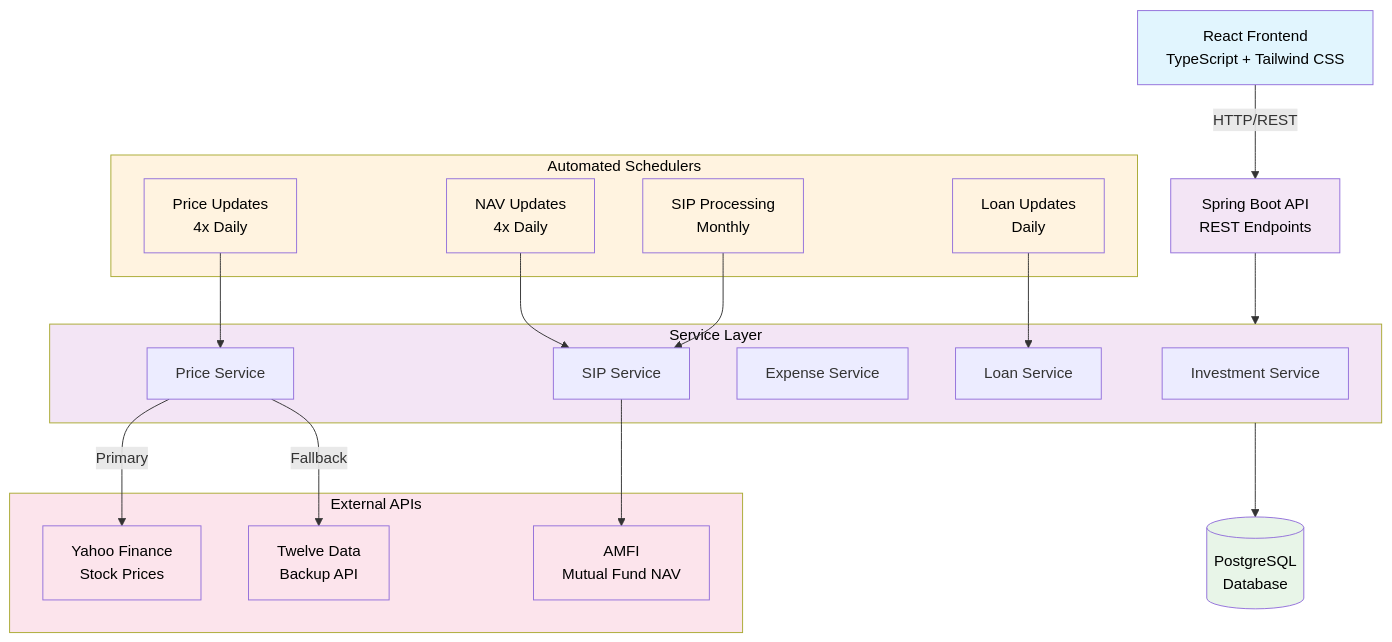
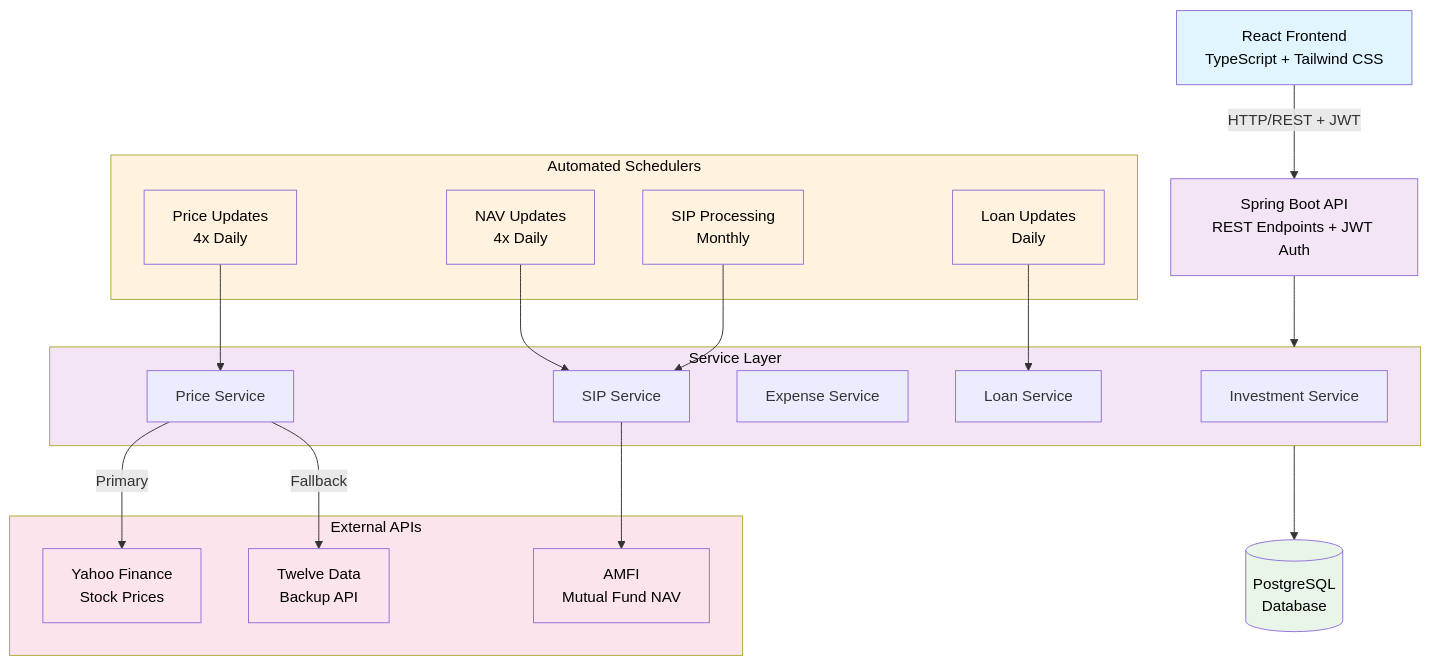
The diagram in README.md (PrajwalAmte/Finora-FinanceTracker), drawn with Mermaid before and after one commit. The commit also changed other lines of this file and 11 other files, not shown here.

````diff
--- a/README.md
+++ b/README.md
@@ -89,64 +95,64 @@
 ```mermaid
 graph TB
     %% Frontend Layer
     UI[React Frontend<br/>TypeScript + Tailwind CSS]
     
     %% API Gateway
-    API[Spring Boot API<br/>REST Endpoints]
+    API[Spring Boot API<br/>REST Endpoints + JWT Auth]
     
     %% Service Layer
     subgraph Services["Service Layer"]
         IS[Investment Service]
         SS[SIP Service]  
         ES[Expense Service]
         LS[Loan Service]
         PS[Price Service]
     end
     
     %% Data Layer
     DB[(PostgreSQL<br/>Database)]
     
     %% Scheduler Layer
     subgraph Schedulers["Automated Schedulers"]
         PU[Price Updates<br/>4x Daily]
         NU[NAV Updates<br/>4x Daily]
         SI[SIP Processing<br/>Monthly]
         LU[Loan Updates<br/>Daily]
     end
     
     %% External APIs
     subgraph External["External APIs"]
         YF[Yahoo Finance<br/>Stock Prices]
         AM[AMFI<br/>Mutual Fund NAV]
         TD[Twelve Data<br/>Backup API]
     end
     
     %% Connections
-    UI -->|HTTP/REST| API
+    UI -->|HTTP/REST + JWT| API
     API --> Services
     Services --> DB
     
     %% Scheduler connections
     PU --> PS
     NU --> SS
     SI --> SS
     LU --> LS
     
     %% External API connections
     PS -->|Primary| YF
     PS -->|Fallback| TD
     SS --> AM
     
     %% Styling
     classDef frontend fill:#e1f5fe,color:#000000
     classDef backend fill:#f3e5f5,color:#000000
     classDef database fill:#e8f5e8,color:#000000
     classDef scheduler fill:#fff3e0,color:#000000
     classDef external fill:#fce4ec,color:#000000
     
     class UI frontend
     class API,Services backend
     class DB database
     class Schedulers,PU,NU,SI,LU scheduler
     class External,YF,AM,TD external
 ```
````
